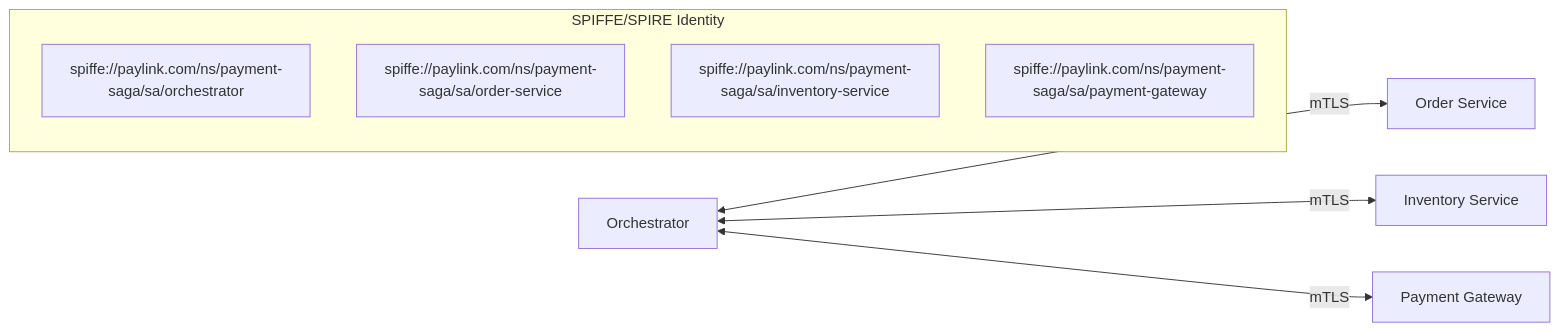
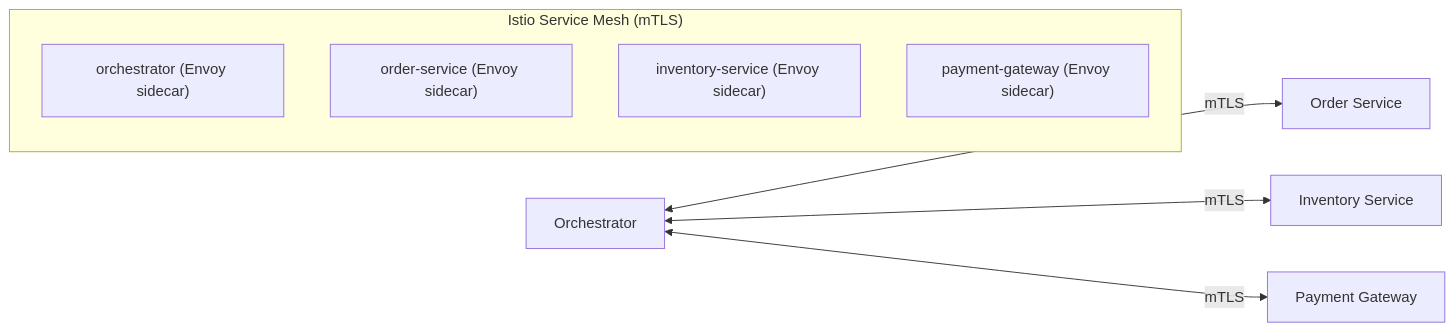
Before and after one commit to simbataisa/tcb-paylink-arch: diagram 22 of 41 in README.md, drawn with Mermaid. The commit also changed other lines of this file and 2 other files, not shown here.

Commit message:
API Gateway - Tiering and Layered Gateway

````diff
--- a/README.md
+++ b/README.md
@@ -962,13 +975,13 @@
 ```mermaid
 flowchart LR
-    subgraph SPIRE["SPIFFE/SPIRE Identity"]
-        S1["spiffe://paylink.com/ns/payment-saga/sa/orchestrator"]
-        S2["spiffe://paylink.com/ns/payment-saga/sa/order-service"]
-        S3["spiffe://paylink.com/ns/payment-saga/sa/inventory-service"]
-        S4["spiffe://paylink.com/ns/payment-saga/sa/payment-gateway"]
+    subgraph Mesh["Istio Service Mesh (mTLS)"]
+        S1["orchestrator (Envoy sidecar)"]
+        S2["order-service (Envoy sidecar)"]
+        S3["inventory-service (Envoy sidecar)"]
+        S4["payment-gateway (Envoy sidecar)"]
     end
 
     O["Orchestrator"] <-->|mTLS| OS["Order Service"]
     O <-->|mTLS| IS["Inventory Service"]
     O <-->|mTLS| PG["Payment Gateway"]
 ```
````
